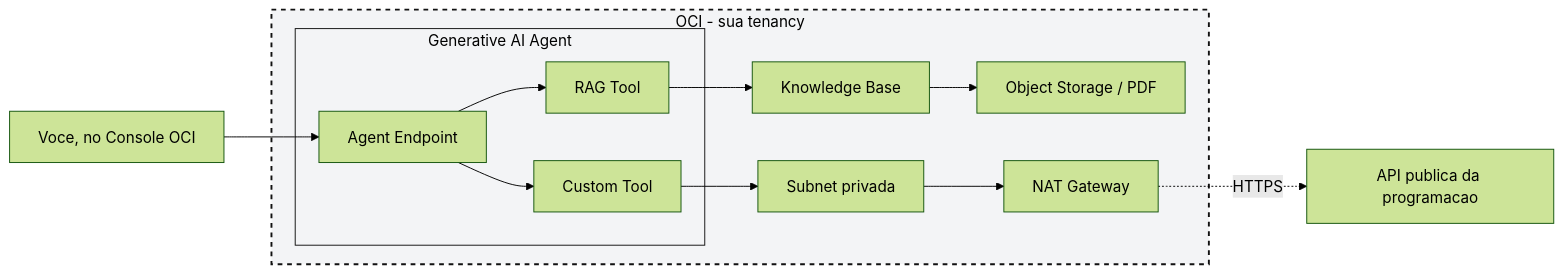
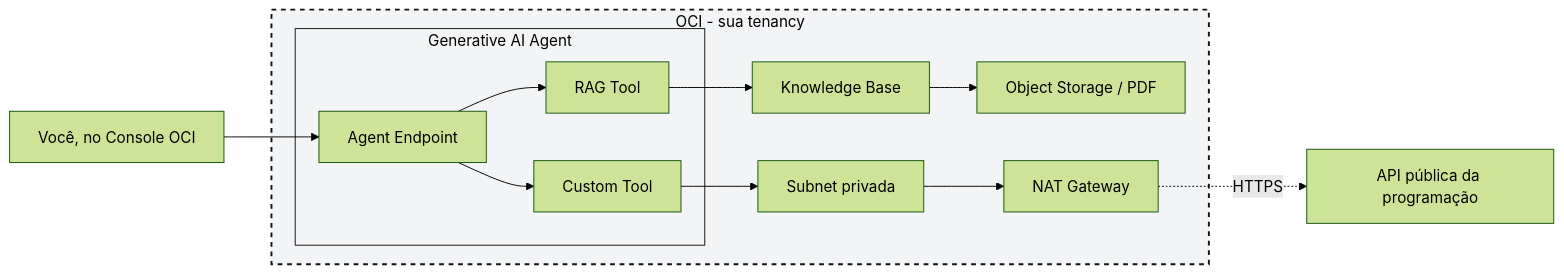
One commit to LiviaFernandes/tdc-oci-ai-agents-terraform-lab changed the diagram in README.md. Above: the diagram before and after it, drawn with Mermaid (forest theme). The commit also changed other lines of this file, not shown here.

````diff
--- a/README.md
+++ b/README.md
@@ -27,30 +27,30 @@
 ```mermaid
 flowchart LR
-    User["Voce, no Console OCI"]
+    User["Você, no Console OCI"]
 
     subgraph OCI["OCI - sua tenancy"]
         subgraph Agent["Generative AI Agent"]
             Endpoint["Agent Endpoint"]
             RAGTool["RAG Tool"]
             CustomTool["Custom Tool"]
         end
         KB["Knowledge Base"]
         Bucket["Object Storage / PDF"]
         Subnet["Subnet privada"]
         NAT["NAT Gateway"]
     end
 
-    API["API publica da programacao"]
+    API["API pública da programação"]
 
     User --> Endpoint
     Endpoint --> RAGTool
     Endpoint --> CustomTool
     RAGTool --> KB
     KB --> Bucket
     CustomTool --> Subnet
     Subnet --> NAT
     NAT -.HTTPS.-> API
 
     style OCI fill:#f3f4f6,stroke:#111111,stroke-width:2px,stroke-dasharray: 5 5,color:#000000
     style Agent fill:#f3f4f6,stroke:#111111,stroke-width:1px,color:#000000
 ```
````
